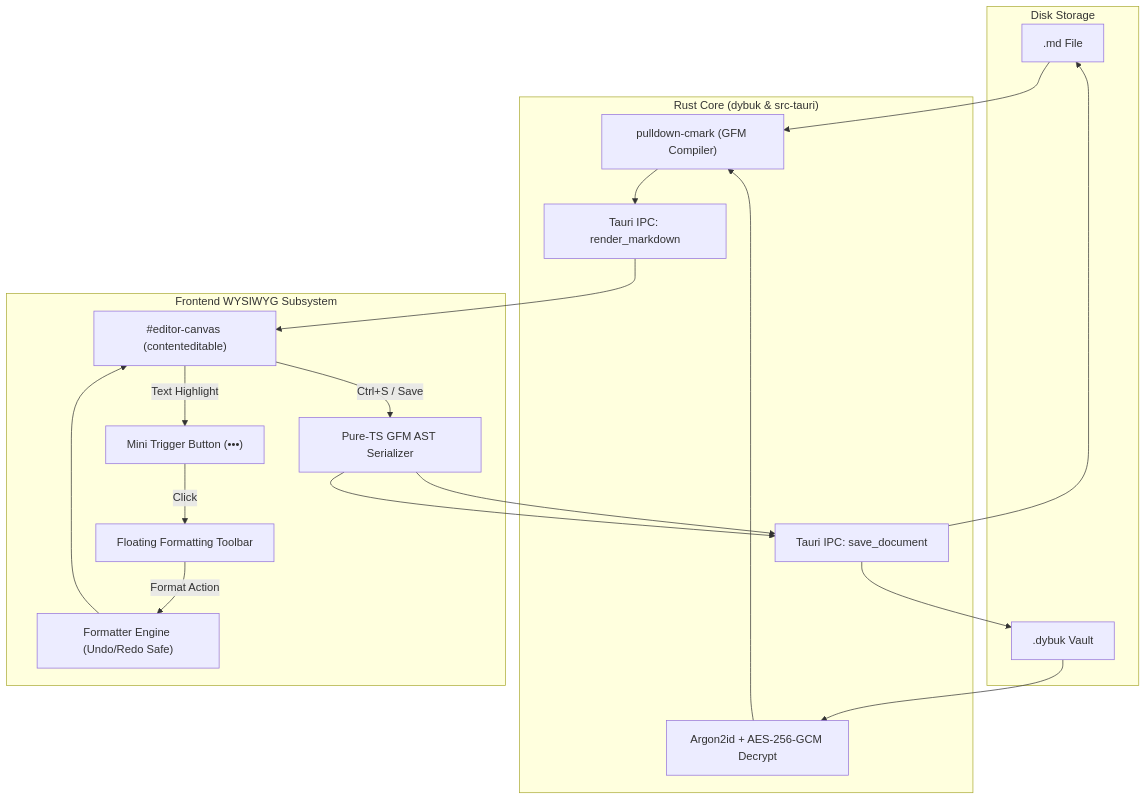
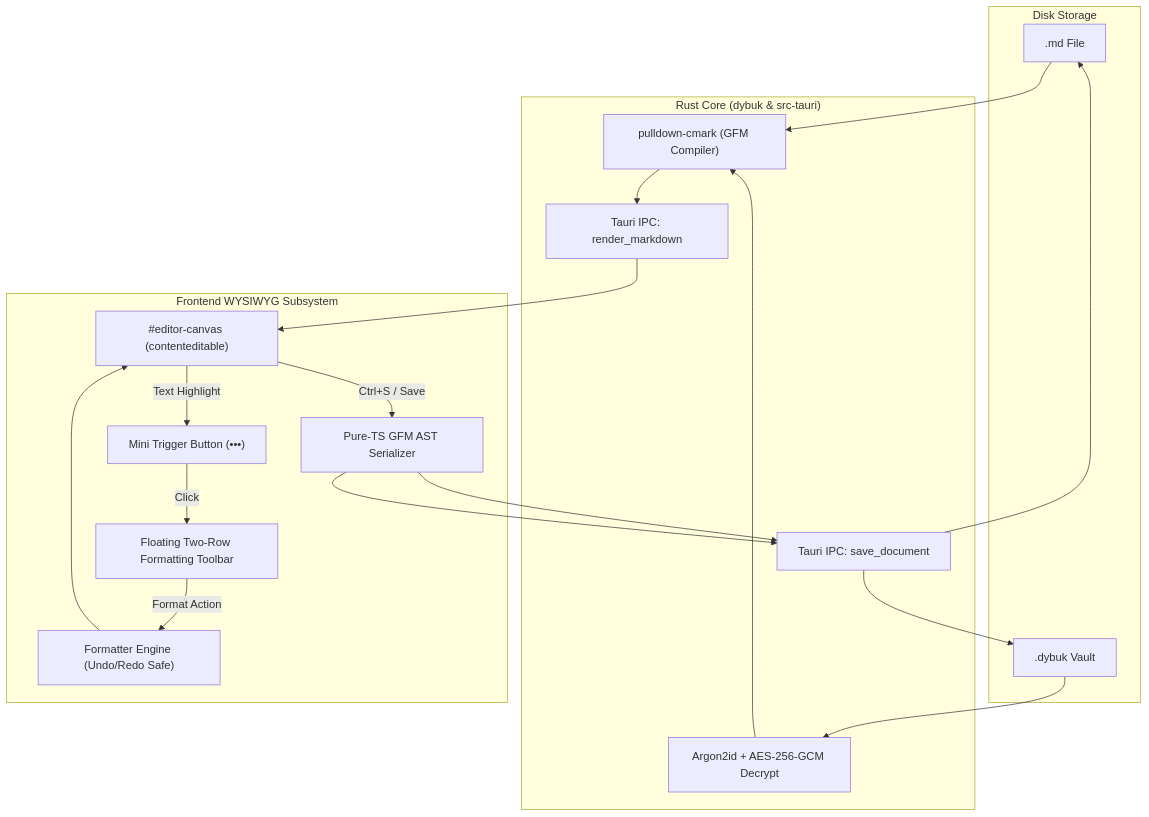
The diagram in docs/FLOATING_TOOLBAR_EDITOR.md (lukagray-dev/Dybuk), drawn with Mermaid before and after one commit. The commit also changed other lines of this file and 5 other files, not shown here.

First line of the commit message:
feat(editor): implement double-row floating toolbar with rich visual formatting suite

````diff
--- a/docs/FLOATING_TOOLBAR_EDITOR.md
+++ b/docs/FLOATING_TOOLBAR_EDITOR.md
@@ -19,34 +19,34 @@
 ```mermaid
 flowchart TD
     subgraph Disk ["Disk Storage"]
         FILE_MD[".md File"]
         FILE_DYBUK[".dybuk Vault"]
     end
 
     subgraph RustCore ["Rust Core (dybuk & src-tauri)"]
         KDF["Argon2id + AES-256-GCM Decrypt"]
         PARSER["pulldown-cmark (GFM Compiler)"]
         IPC_RENDER["Tauri IPC: render_markdown"]
         IPC_SAVE["Tauri IPC: save_document"]
     end
 
     subgraph CanvasUI ["Frontend WYSIWYG Subsystem"]
         CANVAS["#editor-canvas (contenteditable)"]
         TRIGGER["Mini Trigger Button (•••)"]
-        TOOLBAR["Floating Formatting Toolbar"]
+        TOOLBAR["Floating Two-Row Formatting Toolbar"]
         FORMATTER["Formatter Engine (Undo/Redo Safe)"]
         SERIALIZER["Pure-TS GFM AST Serializer"]
     end
 
     FILE_DYBUK --> KDF --> PARSER
     FILE_MD --> PARSER
     PARSER --> IPC_RENDER --> CANVAS
 
     CANVAS -- "Text Highlight" --> TRIGGER
     TRIGGER -- "Click" --> TOOLBAR
     TOOLBAR -- "Format Action" --> FORMATTER --> CANVAS
 
     CANVAS -- "Ctrl+S / Save" --> SERIALIZER
     SERIALIZER --> IPC_SAVE --> FILE_MD
     SERIALIZER --> IPC_SAVE --> FILE_DYBUK
 ```
````
